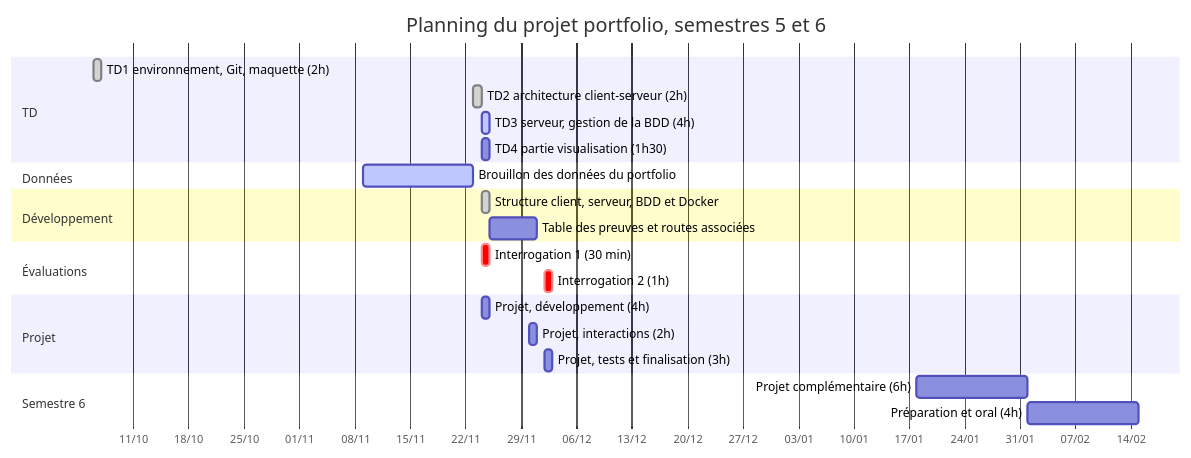
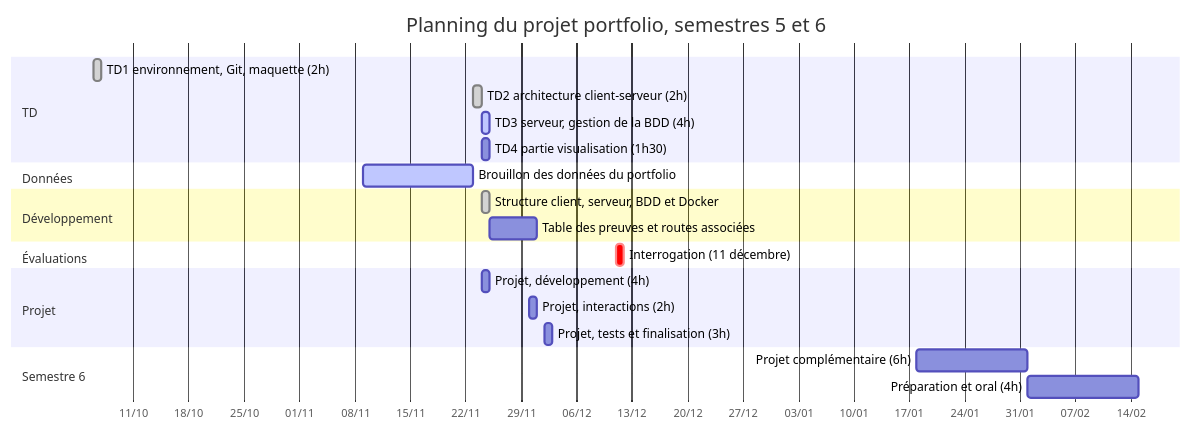
Before and after one commit to chicwww/Data-Science-Project-: the diagram in AVANCEMENT.md, drawn with Mermaid. The commit also changed other lines of this file, not shown here.

Commit message:
Mise a jour des evaluations : une seule interrogation le 11 decembre

````diff
--- a/AVANCEMENT.md
+++ b/AVANCEMENT.md
@@ -25,26 +24,25 @@
 ```mermaid
 gantt
     title Planning du projet portfolio, semestres 5 et 6
     dateFormat YYYY-MM-DD
     axisFormat %d/%m
     section TD
     TD1 environnement, Git, maquette (2h)      :done,   td1, 2026-10-06, 1d
     TD2 architecture client-serveur (2h)       :done,   td2, 2026-11-23, 1d
     TD3 serveur, gestion de la BDD (4h)        :active, td3, 2026-11-24, 1d
     TD4 partie visualisation (1h30)            :        td4, 2026-11-24, 1d
     section Données
     Brouillon des données du portfolio         :active, d1, 2026-11-09, 14d
     section Développement
     Structure client, serveur, BDD et Docker   :done,   dev1, 2026-11-24, 1d
     Table des preuves et routes associées      :        dev2, after dev1, 6d
     section Évaluations
-    Interrogation 1 (30 min)                   :crit,   i1, 2026-11-24, 1d
-    Interrogation 2 (1h)                       :crit,   i2, 2026-12-02, 1d
+    Interrogation (11 décembre)                :crit,   i1, 2026-12-11, 1d
     section Projet
     Projet, développement (4h)                 :        p1, 2026-11-24, 1d
     Projet, interactions (2h)                  :        p2, 2026-11-30, 1d
     Projet, tests et finalisation (3h)         :        p3, 2026-12-02, 1d
     section Semestre 6
     Projet complémentaire (6h)                 :        s6a, 2027-01-18, 14d
     Préparation et oral (4h)                   :        s6b, after s6a, 14d
 ```
````
